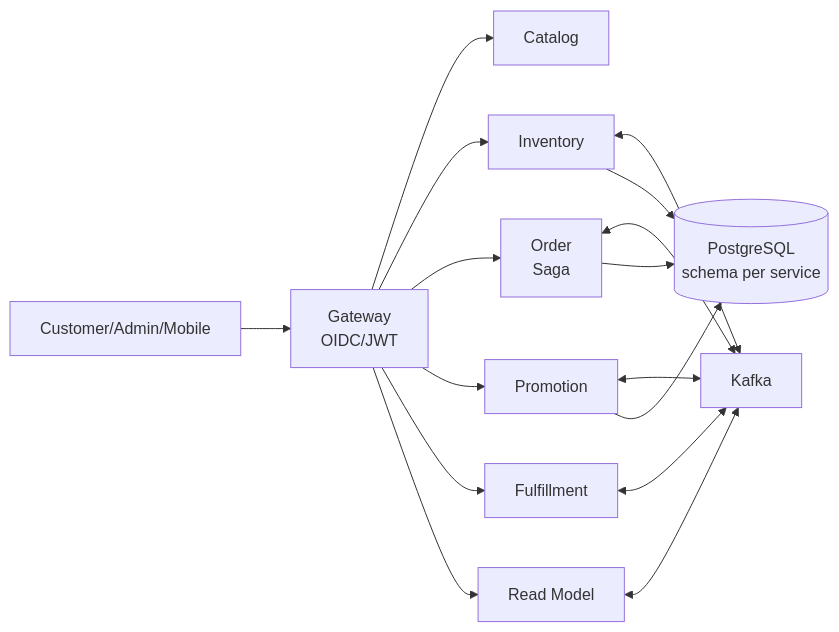
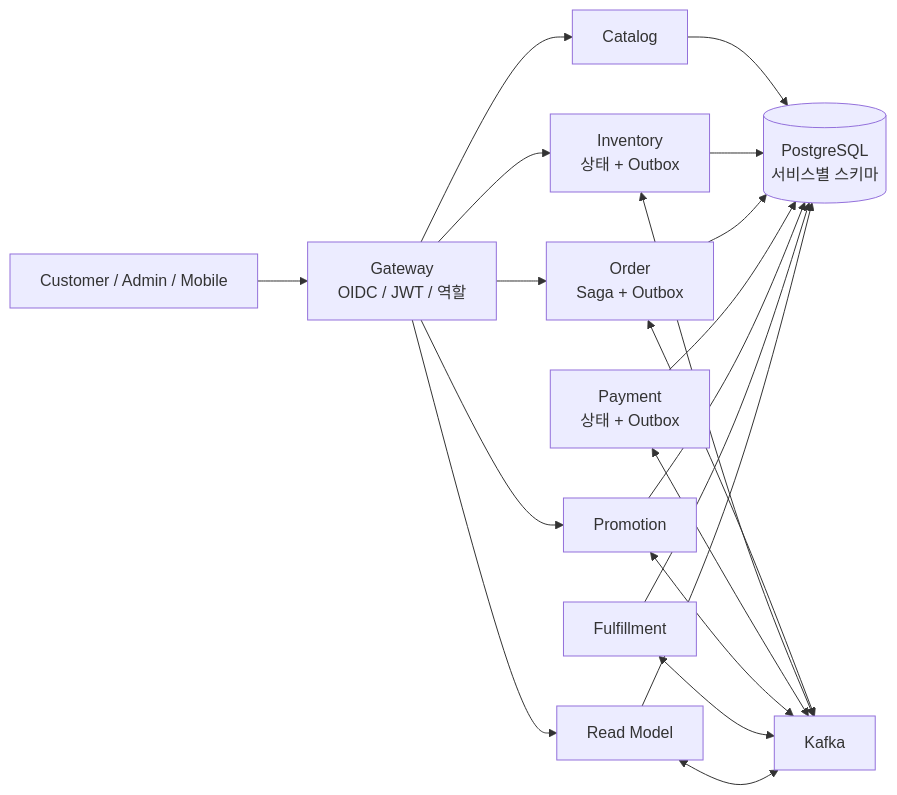
One commit to cyson21/stockrush changed the diagram in README.md. Above: the diagram before and after it, drawn with Mermaid. The commit also changed other lines of this file, not shown here.

````diff
--- a/README.md
+++ b/README.md
@@ -72,18 +20,24 @@
 ```mermaid
 flowchart LR
-  Client["Customer/Admin/Mobile"] --> Gateway["Gateway\nOIDC/JWT"]
+  Client["Customer / Admin / Mobile"] --> Gateway["Gateway<br/>OIDC / JWT / 역할"]
   Gateway --> Catalog["Catalog"]
-  Gateway --> Inventory["Inventory"]
-  Gateway --> Order["Order\nSaga"]
+  Gateway --> Inventory["Inventory<br/>상태 + Outbox"]
+  Gateway --> Order["Order<br/>Saga + Outbox"]
   Gateway --> Promotion["Promotion"]
-  Gateway --> Fulfillment["Fulfillment"]
   Gateway --> ReadModel["Read Model"]
+
   Order <--> Kafka["Kafka"]
   Inventory <--> Kafka
+  Payment["Payment<br/>상태 + Outbox"] <--> Kafka
   Promotion <--> Kafka
-  Fulfillment <--> Kafka
+  Fulfillment["Fulfillment"] <--> Kafka
   ReadModel <--> Kafka
-  Order --> Postgres[("PostgreSQL\nschema per service")]
+
+  Catalog --> Postgres[("PostgreSQL<br/>서비스별 스키마")]
   Inventory --> Postgres
+  Order --> Postgres
+  Payment --> Postgres
   Promotion --> Postgres
+  Fulfillment --> Postgres
+  ReadModel --> Postgres
 ```
````
